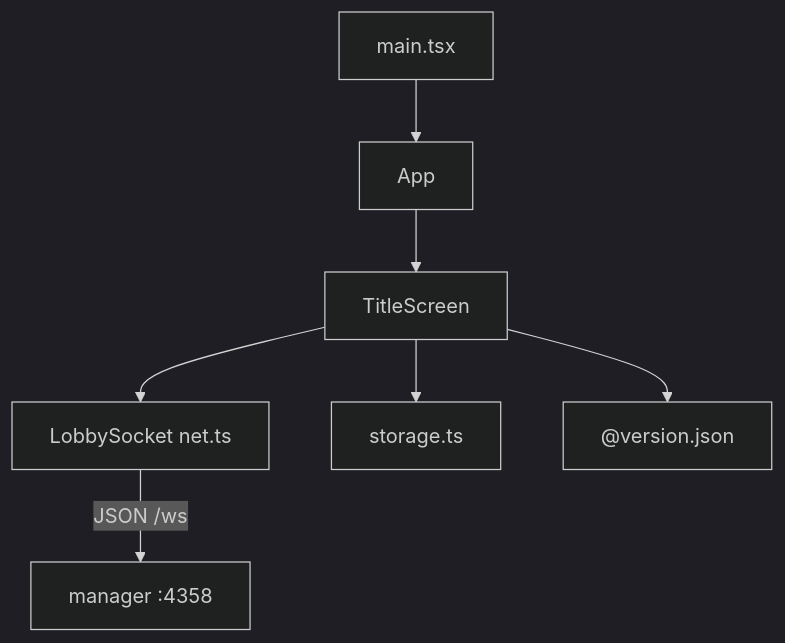
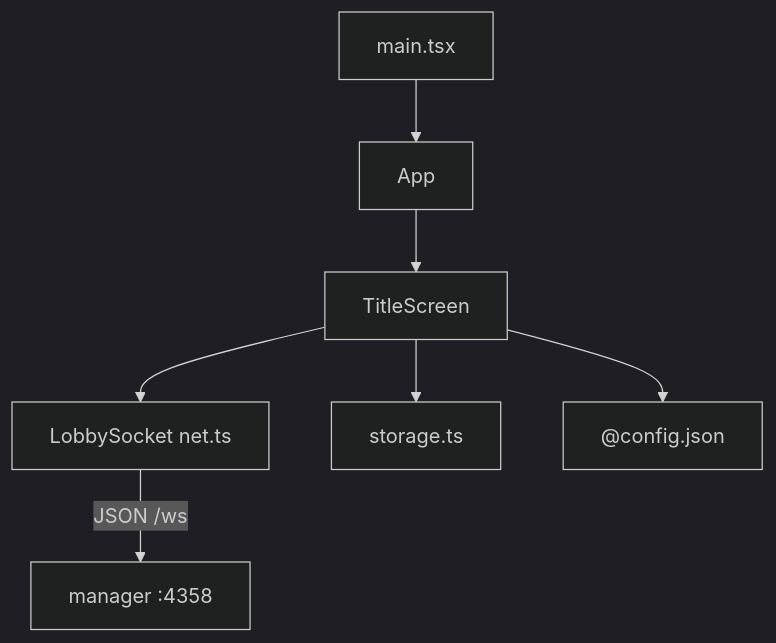
The diagram in docs/manager/title-spa.md (CubicEi/WarOnPaper), drawn with Mermaid (dark theme) before and after one commit. The commit also changed other lines of this file and 33 other files, not shown here.

````diff
--- a/docs/manager/title-spa.md
+++ b/docs/manager/title-spa.md
@@ -21,9 +21,9 @@
 ```mermaid
 flowchart TB
   main[main.tsx] --> App
   App --> Title[TitleScreen]
   Title --> Net[LobbySocket net.ts]
   Title --> Stor[storage.ts]
-  Title --> Ver["@version.json"]
+  Title --> Ver["@config.json"]
   Net -->|JSON /ws| Mgr[manager :4358]
 ```
````
